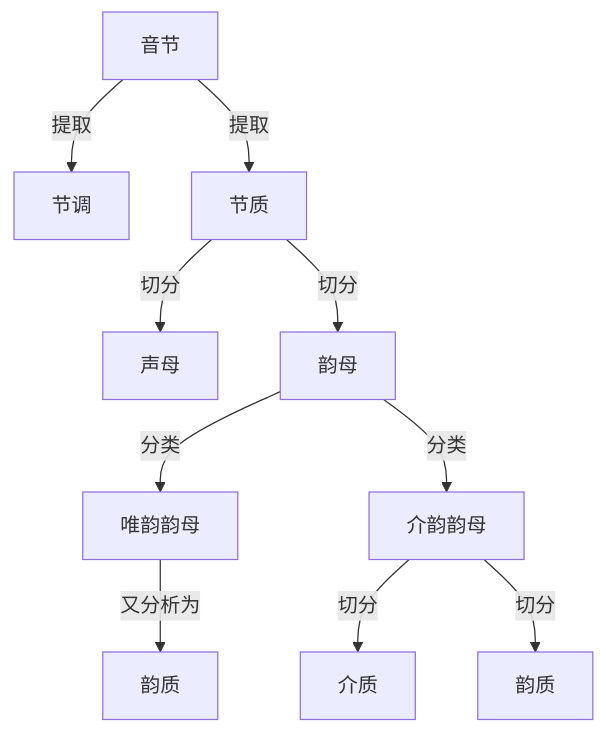
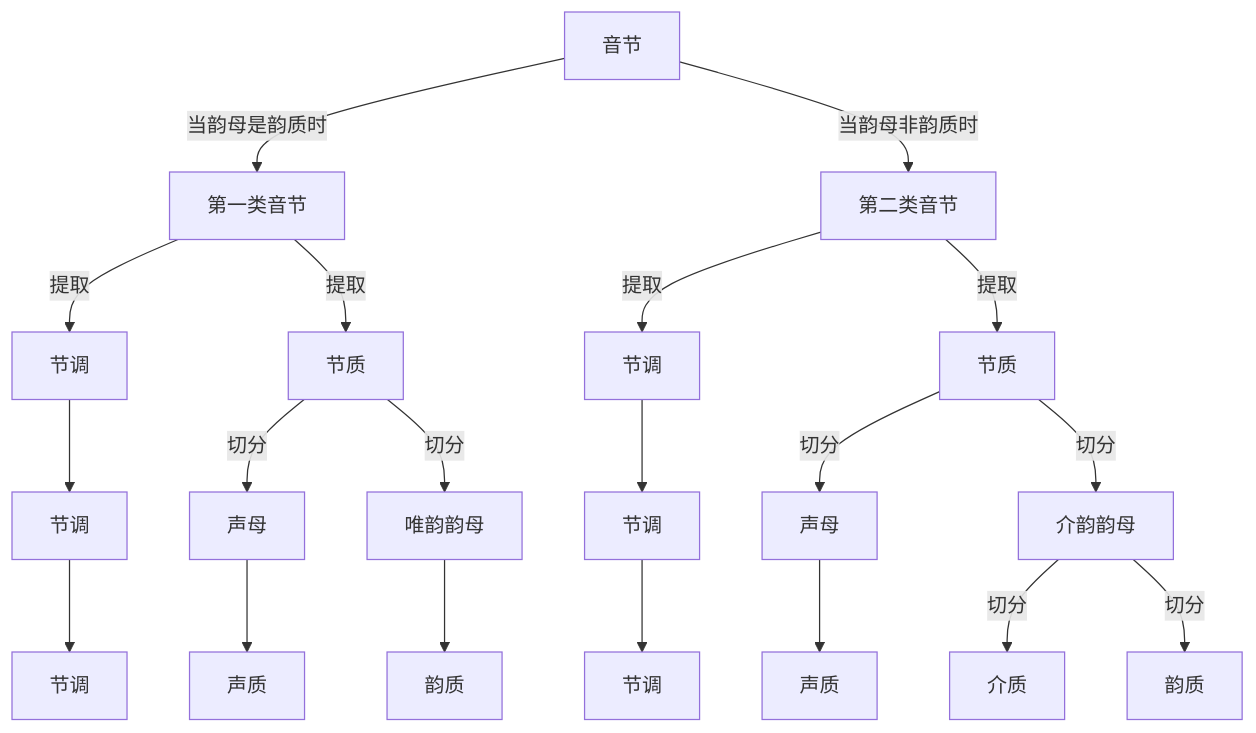
The diagram in YIME_Theory/flowchart/二式一调三质分析.mmd (tsaanghwang/Yime-prototype), drawn with Mermaid before and after one commit. The commit also changed other lines of this file and 24 other files, not shown here.

```diff
--- a/YIME_Theory/flowchart/二式一调三质分析.mmd
+++ b/YIME_Theory/flowchart/二式一调三质分析.mmd
@@ -1,10 +1,27 @@
+
 graph TB
-    A[音节] --> |提取|B[节调]
-    A --> |提取|C[节质]
-    C --> |切分|D[声母]
-    C --> |切分|E[韵母]
-    E --> |分类|F[唯韵韵母]
-    E --> |分类|G[介韵韵母]
-    F --> |又分析为|H[韵质]
-    G --> |切分|I[介质]
-    G --> |切分|J[韵质]
+    A[音节] --> |当韵母是韵质时|B[第一类音节]
+    A --> |当韵母非韵质时|C[第二类音节]
+
+    B --> |提取|D[节调]
+    B --> |提取|E[节质]
+
+    C --> |提取|F[节调]
+    C --> |提取|G[节质]
+
+    D --> H[节调]
+    E --> |切分|I[声母]
+    E --> |切分|J[唯韵韵母]
+
+    F --> K[节调]
+    G --> |切分|L[声母]
+    G --> |切分|M[介韵韵母]
+
+    H --> N[节调]
+    I --> O[声质]
+    J --> P[韵质]
+
+    K --> Q[节调]
+    L --> R[声质]
+    M --> |切分|S[介质]
+    M --> |切分|T[韵质]
```
